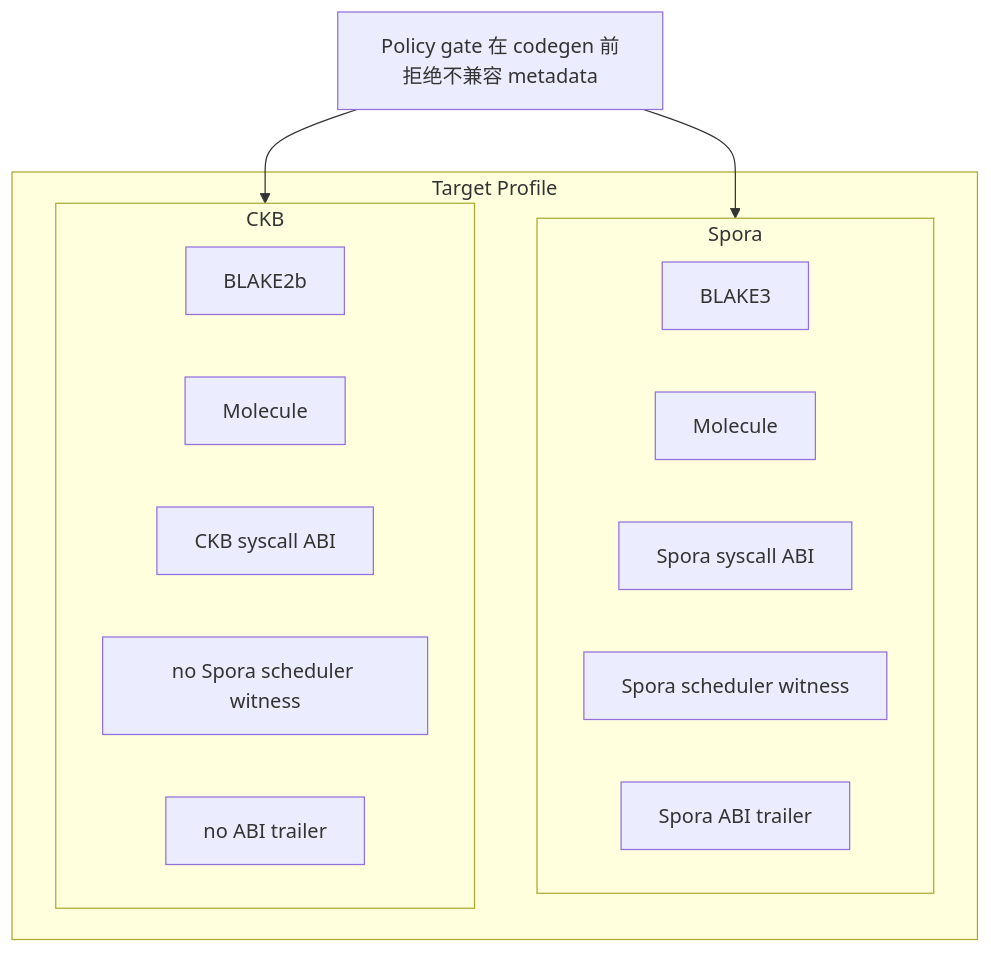
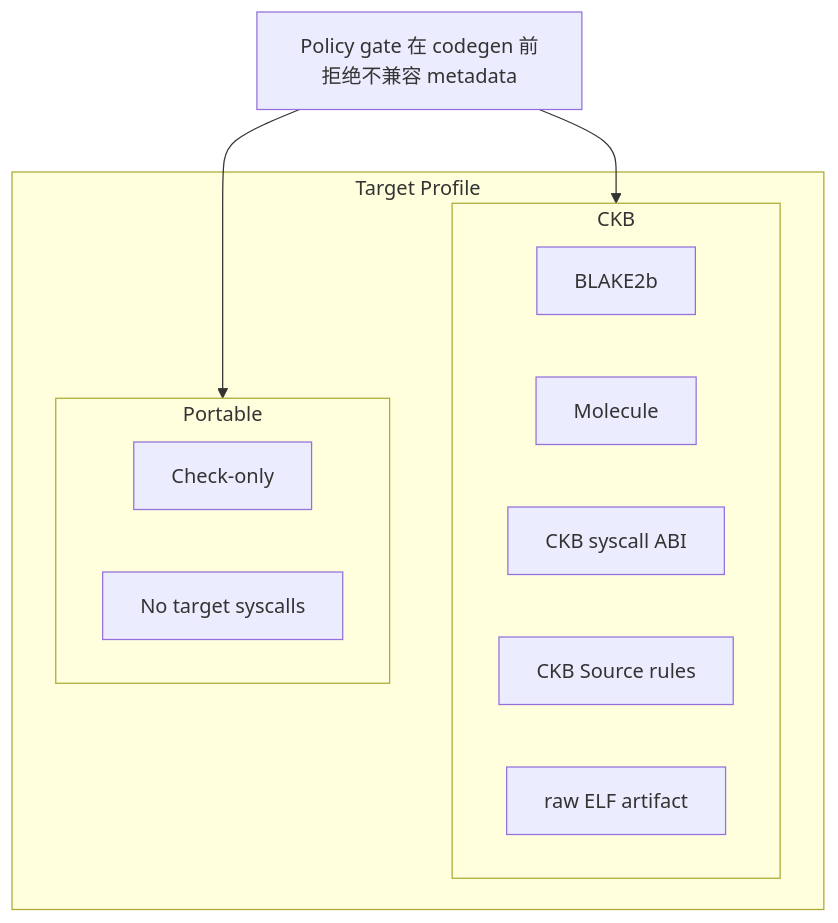
Before and after one commit to tsukifune-kosei/CellScript: the second of 2 diagrams in README_CH.md, drawn with Mermaid. The commit also changed other lines of this file and 12 other files, not shown here.

````diff
--- a/README_CH.md
+++ b/README_CH.md
@@ -422,21 +413,18 @@
 ```mermaid
 graph TB
     subgraph "Target Profile"
-        subgraph Spora
-            S1[BLAKE3]
-            S2[Molecule]
-            S3[Spora syscall ABI]
-            S4[Spora scheduler witness]
-            S5[Spora ABI trailer]
-        end
         subgraph CKB
             C1[BLAKE2b]
             C2[Molecule]
             C3[CKB syscall ABI]
-            C4["no Spora scheduler witness"]
-            C5["no ABI trailer"]
+            C4["CKB Source rules"]
+            C5["raw ELF artifact"]
+        end
+        subgraph Portable
+            P1[Check-only]
+            P2[No target syscalls]
         end
     end
-    Policy["Policy gate 在 codegen 前拒绝不兼容 metadata"] --> Spora
     Policy --> CKB
+    Policy["Policy gate 在 codegen 前拒绝不兼容 metadata"] --> Portable
 ```
````
